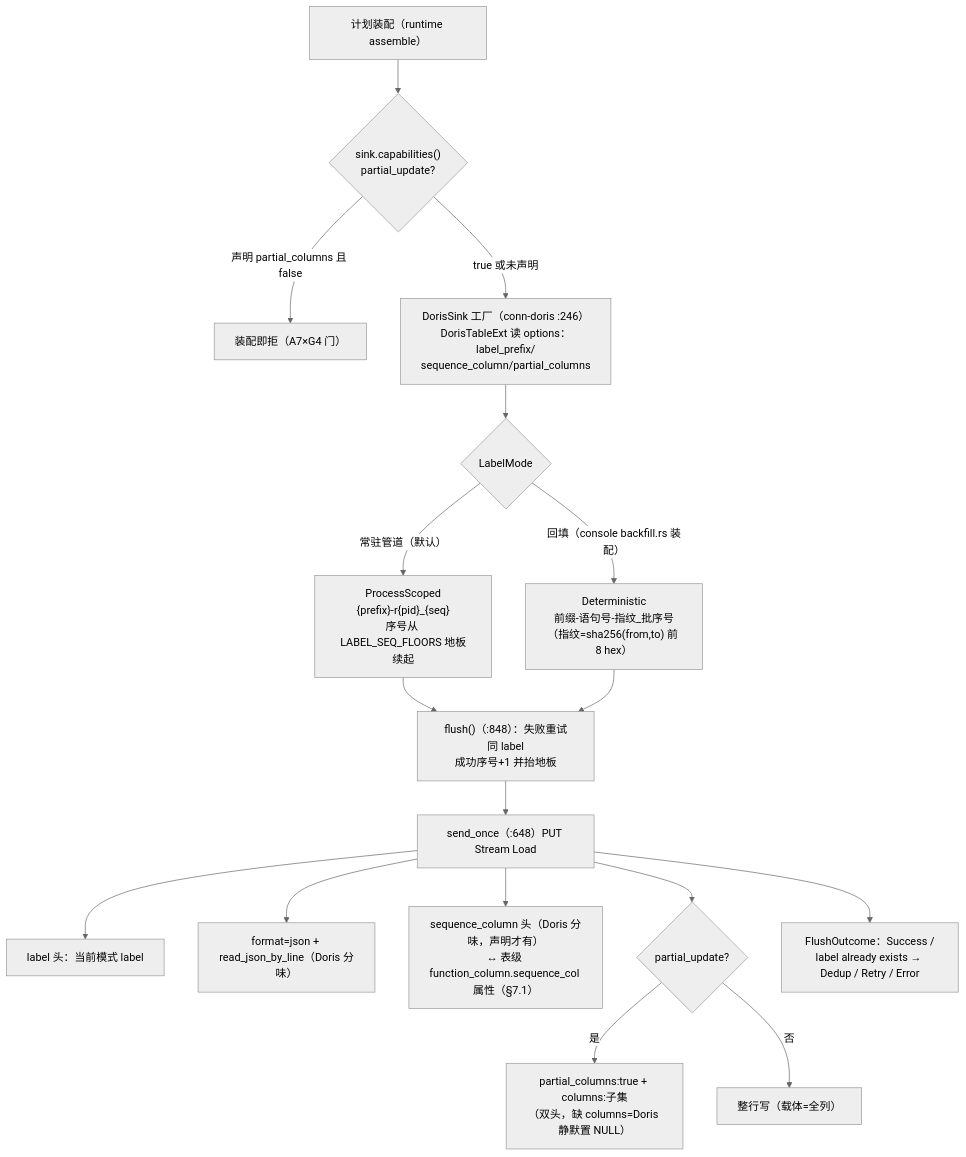
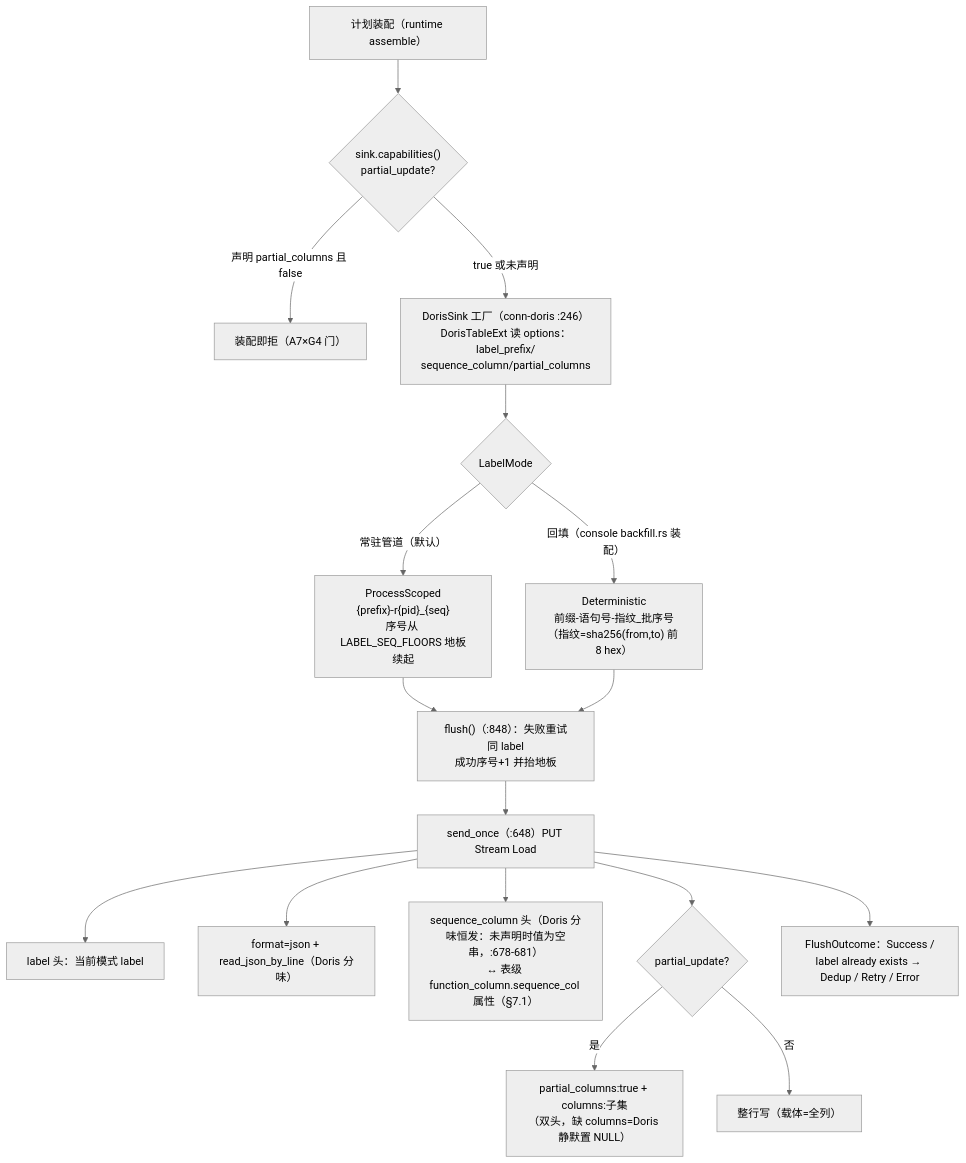
Before and after one commit to SeekerGalahad/tailrace: the fourth of 7 diagrams in docs/design/architecture.zh.md, drawn with Mermaid (neutral theme). The commit also changed other lines of this file and 9 other files, not shown here.

````diff
--- a/docs/design/architecture.zh.md
+++ b/docs/design/architecture.zh.md
@@ -447,19 +447,19 @@
 ```mermaid
 flowchart TB
   PLAN["计划装配（runtime assemble）"] --> CAP{"sink.capabilities()<br/>partial_update?"}
   CAP -->|"声明 partial_columns 且 false"| REJ["装配即拒（A7×G4 门）"]
   CAP -->|"true 或未声明"| BUILD["DorisSink 工厂（conn-doris :246）<br/>DorisTableExt 读 options：label_prefix/<br/>sequence_column/partial_columns"]
   BUILD --> MODE{"LabelMode"}
   MODE -->|"常驻管道（默认）"| PS["ProcessScoped<br/>{prefix}-r{pid}_{seq}<br/>序号从 LABEL_SEQ_FLOORS 地板续起"]
   MODE -->|"回填（console backfill.rs 装配）"| DET["Deterministic<br/>前缀-语句号-指纹_批序号<br/>（指纹=sha256(from,to) 前 8 hex）"]
   PS --> FLUSH["flush()（:848）：失败重试同 label<br/>成功序号+1 并抬地板"]
   DET --> FLUSH
   FLUSH --> SEND["send_once（:648）PUT Stream Load"]
   SEND --> H1["label 头：当前模式 label"]
   SEND --> H2["format=json + read_json_by_line（Doris 分味）"]
-  SEND --> H3["sequence_column 头（Doris 分味，声明才有）<br/>↔ 表级 function_column.sequence_col 属性（§7.1）"]
+  SEND --> H3["sequence_column 头（Doris 分味恒发：未声明时值为空串，:678-681）<br/>↔ 表级 function_column.sequence_col 属性（§7.1）"]
   SEND --> H4{"partial_update?"}
   H4 -->|"是"| H4A["partial_columns:true + columns:子集<br/>（双头，缺 columns=Doris 静默置 NULL）"]
   H4 -->|"否"| H4B["整行写（载体=全列）"]
   SEND --> ACK["FlushOutcome：Success /<br/>label already exists → Dedup / Retry / Error"]
 ```
````
